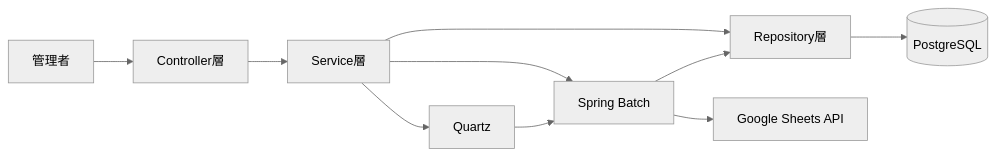
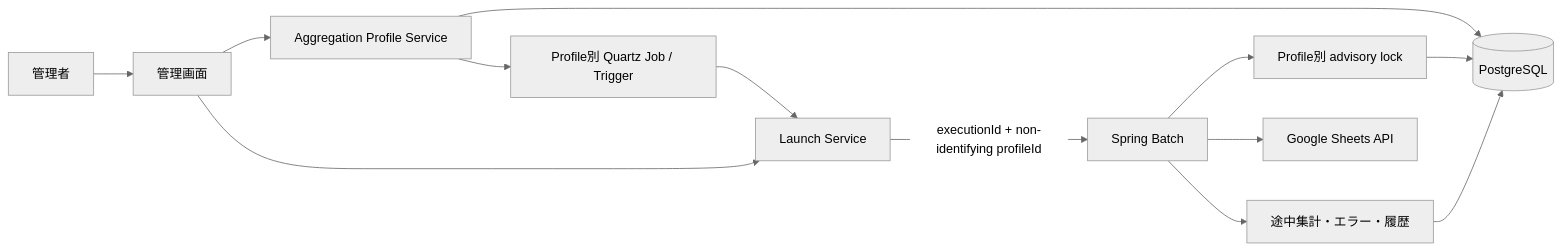
Before and after one commit to snpiogw/UriageJidouShukei: the first of 2 diagrams in README.md, drawn with Mermaid (neutral theme). The commit also changed other lines of this file and 57 other files, not shown here.

````diff
--- a/README.md
+++ b/README.md
@@ -36,12 +21,15 @@
 ```mermaid
 flowchart LR
-    User[管理者] --> Controller[Controller層]
-    Controller --> App[Service層]
-    App --> Batch[Spring Batch]
-    App --> Quartz[Quartz]
-    App --> Repo[Repository層]
-    Quartz --> Batch
+    Admin[管理者] --> Web[管理画面]
+    Web --> Profile[Aggregation Profile Service]
+    Profile --> DB[(PostgreSQL)]
+    Profile --> Quartz[Profile別 Quartz Job / Trigger]
+    Web --> Launch[Launch Service]
+    Quartz --> Launch
+    Launch -->|executionId + non-identifying profileId| Batch[Spring Batch]
+    Batch --> Lock[Profile別 advisory lock]
     Batch --> Sheets[Google Sheets API]
-    Batch --> Repo
-    Repo --> DB[(PostgreSQL)]
+    Batch --> Work[途中集計・エラー・履歴]
+    Lock --> DB
+    Work --> DB
 ```
````
